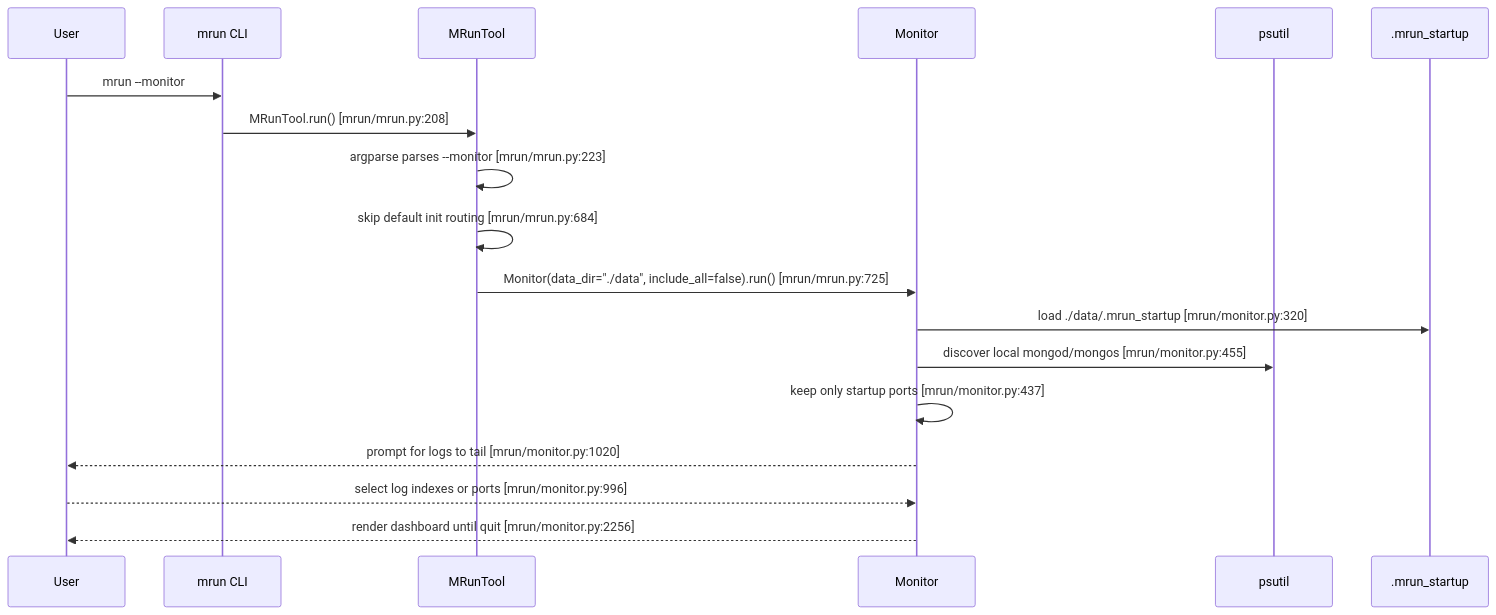
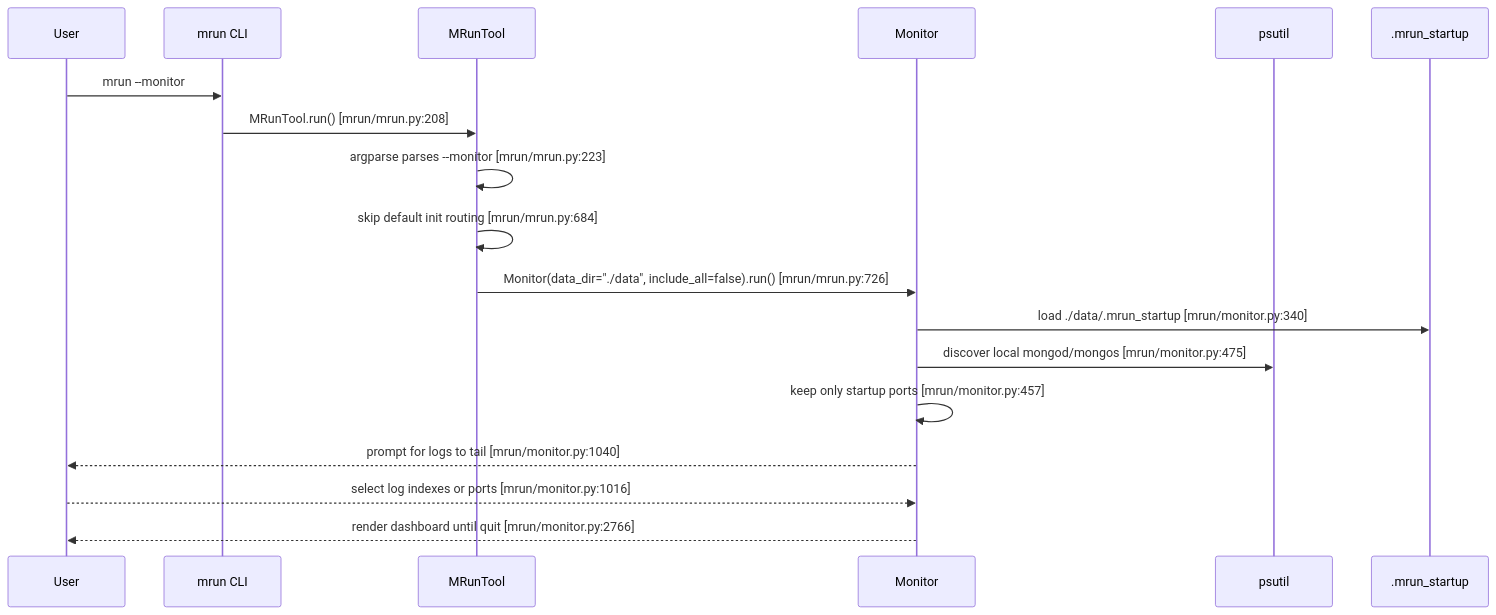
Before and after one commit to mongodb/mlaunch: the first of 11 diagrams in doc/feature-monitor-guide.md, drawn with Mermaid. The commit also changed other lines of this file and 4 other files, not shown here.

Commit message:
monitor: add fuzzy log filtering

````diff
--- a/doc/feature-monitor-guide.md
+++ b/doc/feature-monitor-guide.md
@@ -141,21 +143,21 @@
 ```mermaid
 sequenceDiagram
     participant User
     participant CLI as mrun CLI
     participant Tool as MRunTool
     participant Monitor as Monitor
     participant PS as psutil
     participant FS as .mrun_startup
 
     User->>CLI: mrun --monitor
     CLI->>Tool: MRunTool.run() [mrun/mrun.py:208]
     Tool->>Tool: argparse parses --monitor [mrun/mrun.py:223]
     Tool->>Tool: skip default init routing [mrun/mrun.py:684]
-    Tool->>Monitor: Monitor(data_dir="./data", include_all=false).run() [mrun/mrun.py:725]
-    Monitor->>FS: load ./data/.mrun_startup [mrun/monitor.py:320]
-    Monitor->>PS: discover local mongod/mongos [mrun/monitor.py:455]
-    Monitor->>Monitor: keep only startup ports [mrun/monitor.py:437]
-    Monitor-->>User: prompt for logs to tail [mrun/monitor.py:1020]
-    User-->>Monitor: select log indexes or ports [mrun/monitor.py:996]
-    Monitor-->>User: render dashboard until quit [mrun/monitor.py:2256]
+    Tool->>Monitor: Monitor(data_dir="./data", include_all=false).run() [mrun/mrun.py:726]
+    Monitor->>FS: load ./data/.mrun_startup [mrun/monitor.py:340]
+    Monitor->>PS: discover local mongod/mongos [mrun/monitor.py:475]
+    Monitor->>Monitor: keep only startup ports [mrun/monitor.py:457]
+    Monitor-->>User: prompt for logs to tail [mrun/monitor.py:1040]
+    User-->>Monitor: select log indexes or ports [mrun/monitor.py:1016]
+    Monitor-->>User: render dashboard until quit [mrun/monitor.py:2766]
 ```
````
